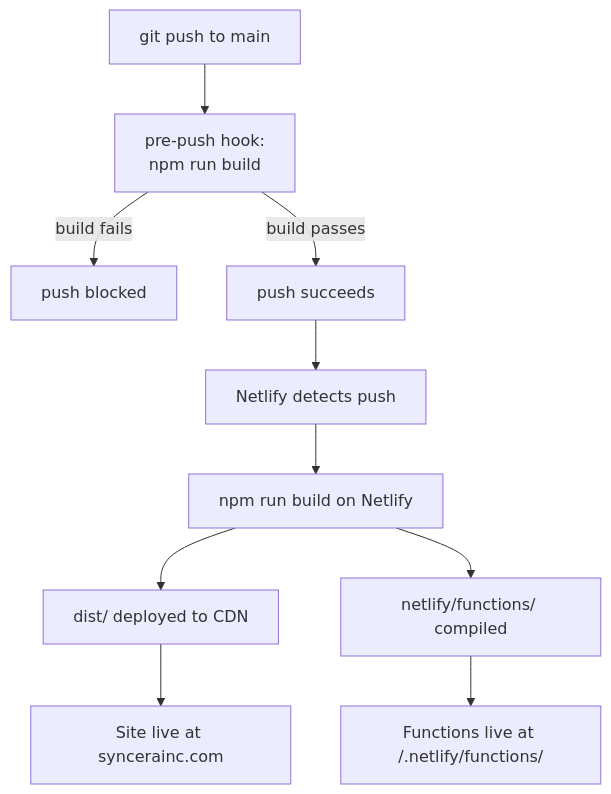
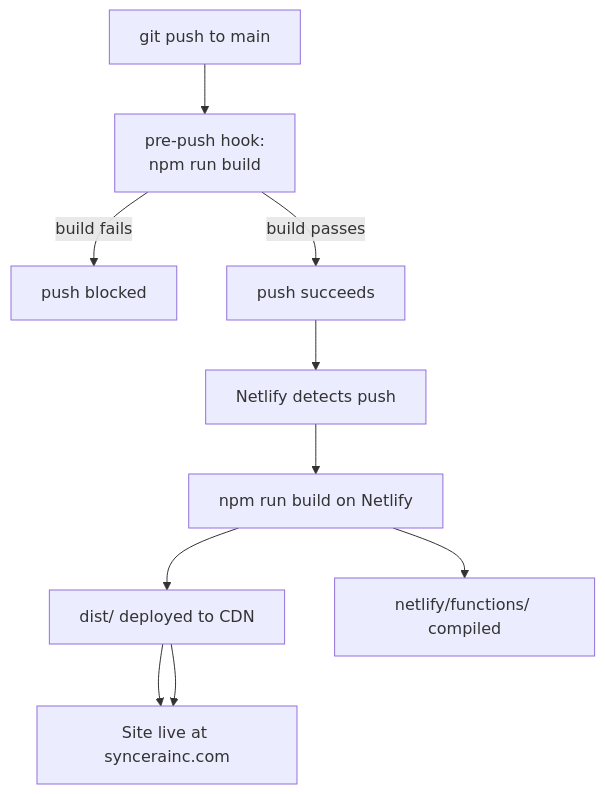
One commit to Dan925/Syncera changed the fourth of 4 diagrams in DOCS.md. Above: the diagram before and after it, drawn with Mermaid.

Commit message:
Fix syntax error in mermaid diagram for Build & Deploy Pipeline

````diff
--- a/DOCS.md
+++ b/DOCS.md
@@ -437,12 +437,12 @@
 ```mermaid
 flowchart TD
     A[git push to main] --> B[pre-push hook:\nnpm run build]
     B -->|build fails| C[push blocked]
     B -->|build passes| D[push succeeds]
     D --> E[Netlify detects push]
     E --> F[npm run build on Netlify]
     F --> G[dist/ deployed to CDN]
     F --> H[netlify/functions/ compiled]
     G --> I[Site live at syncerainc.com]
-    H --> J[Functions live at /.netlify/functions/]
+    G --> I[Site live at syncerainc.com]
 ```
````
